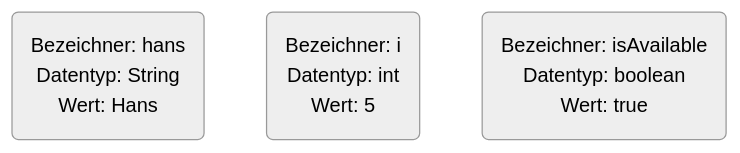
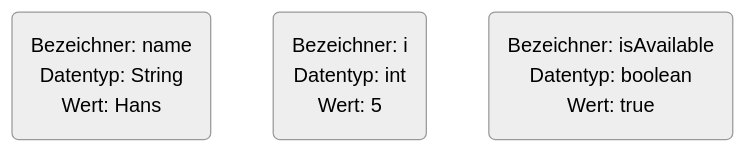
One commit to jappuccini/java-docs changed the first of 2 diagrams in docs/documentation/data-objects.md. Above: the diagram before and after it, drawn with Mermaid (neutral theme). The commit also changed 2 other files, not shown here.

Commit message:
Update Mermaid Linebreaks

````diff
--- a/docs/documentation/data-objects.md
+++ b/docs/documentation/data-objects.md
@@ -19,6 +19,12 @@
 ```mermaid
 flowchart
-    hans(Bezeichner: hans<br>Datentyp: String<br>Wert: Hans)
-    i(Bezeichner: i<br>Datentyp: int<br>Wert: 5)
-    isAvailable(Bezeichner: isAvailable<br>Datentyp: boolean<br>Wert: true)
+    name(Bezeichner: name
+         Datentyp: String
+         Wert: Hans)
+    i(Bezeichner: i
+      Datentyp: int
+      Wert: 5)
+    isAvailable(Bezeichner: isAvailable
+                Datentyp: boolean
+                Wert: true)
 ```
````
